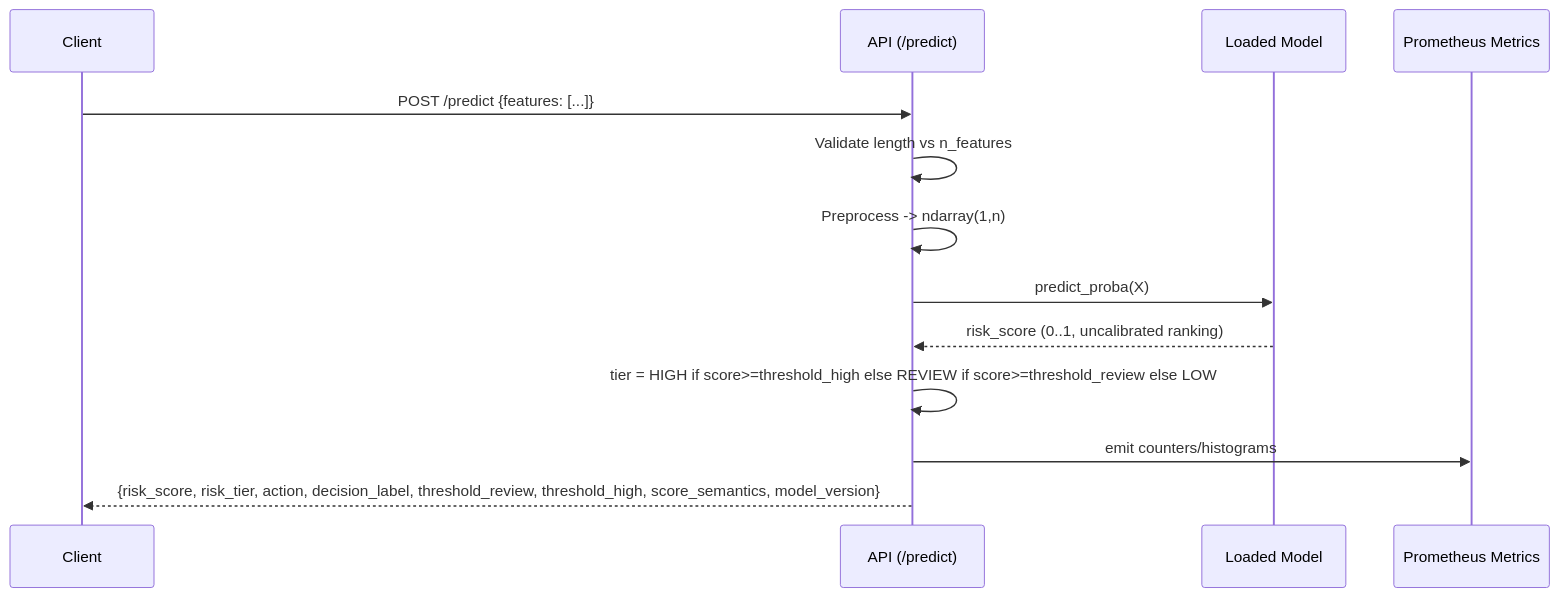
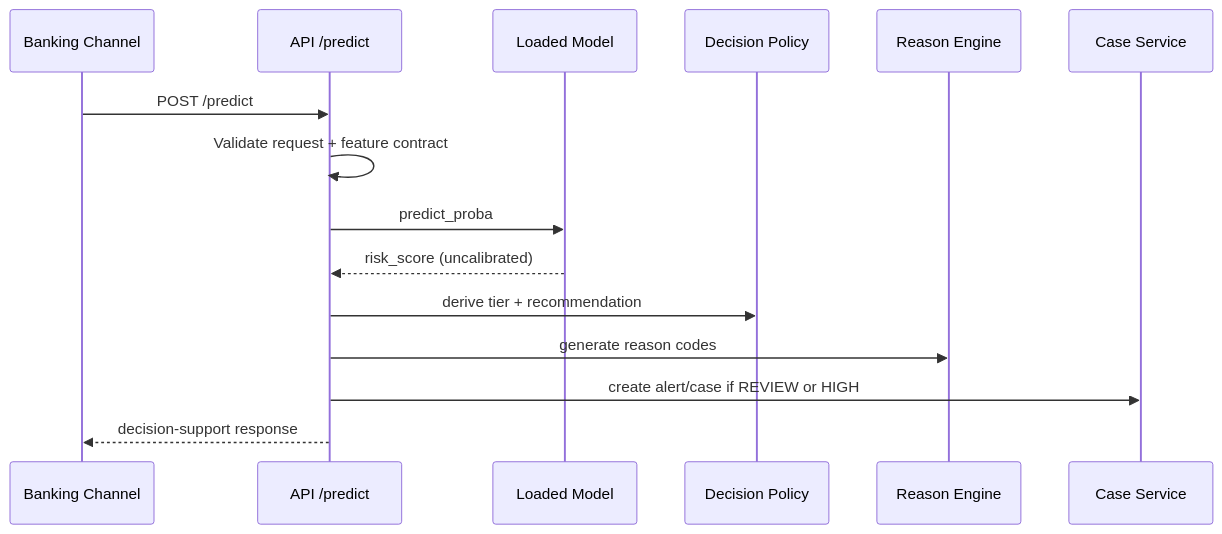
Before and after one commit to AnBinh1703/Final_Project_DMM501_Group1: the second of 4 diagrams in ARCHITECTURE.md, drawn with Mermaid. The commit also changed other lines of this file and 61 other files, not shown here.

````diff
--- a/ARCHITECTURE.md
+++ b/ARCHITECTURE.md
@@ -56,16 +33,18 @@
 ```mermaid
 sequenceDiagram
-  participant C as Client
-  participant A as API (/predict)
+  participant CH as Banking Channel
+  participant API as API /predict
   participant M as Loaded Model
-  participant P as Prometheus Metrics
+  participant P as Decision Policy
+  participant R as Reason Engine
+  participant C as Case Service
 
-  C->>A: POST /predict {features: [...]}
-  A->>A: Validate length vs n_features
-  A->>A: Preprocess -> ndarray(1,n)
-  A->>M: predict_proba(X)
-  M-->>A: risk_score (0..1, uncalibrated ranking)
-  A->>A: tier = HIGH if score>=threshold_high else REVIEW if score>=threshold_review else LOW
-  A->>P: emit counters/histograms
-  A-->>C: {risk_score, risk_tier, action, decision_label, threshold_review, threshold_high, score_semantics, model_version}
+  CH->>API: POST /predict
+  API->>API: Validate request + feature contract
+  API->>M: predict_proba
+  M-->>API: risk_score (uncalibrated)
+  API->>P: derive tier + recommendation
+  API->>R: generate reason codes
+  API->>C: create alert/case if REVIEW or HIGH
+  API-->>CH: decision-support response
 ```
````
